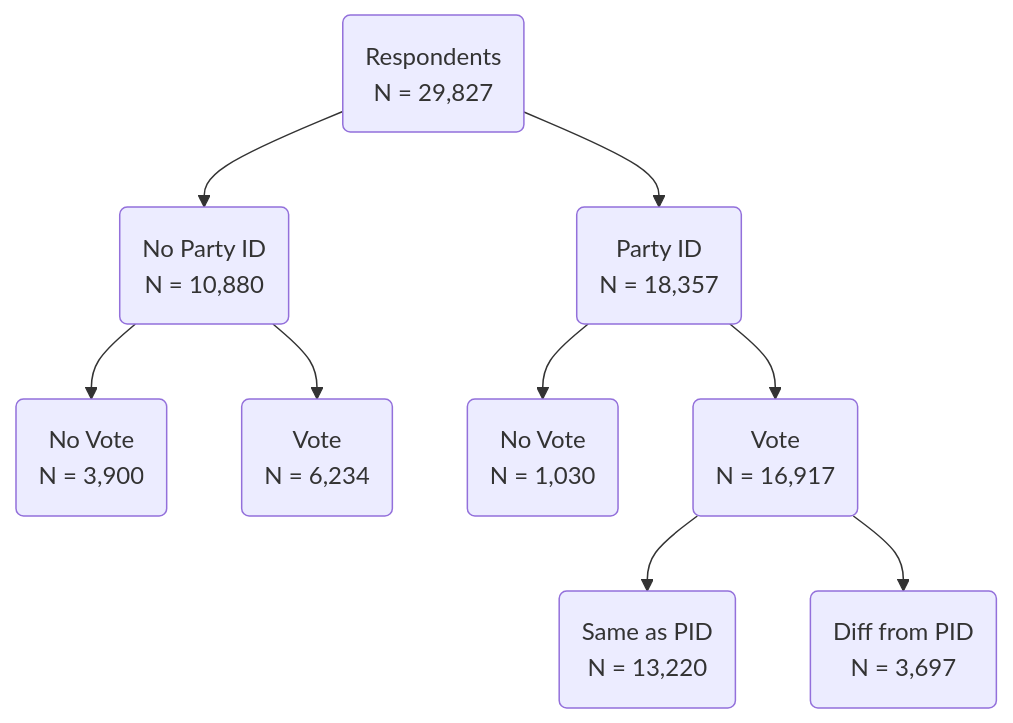
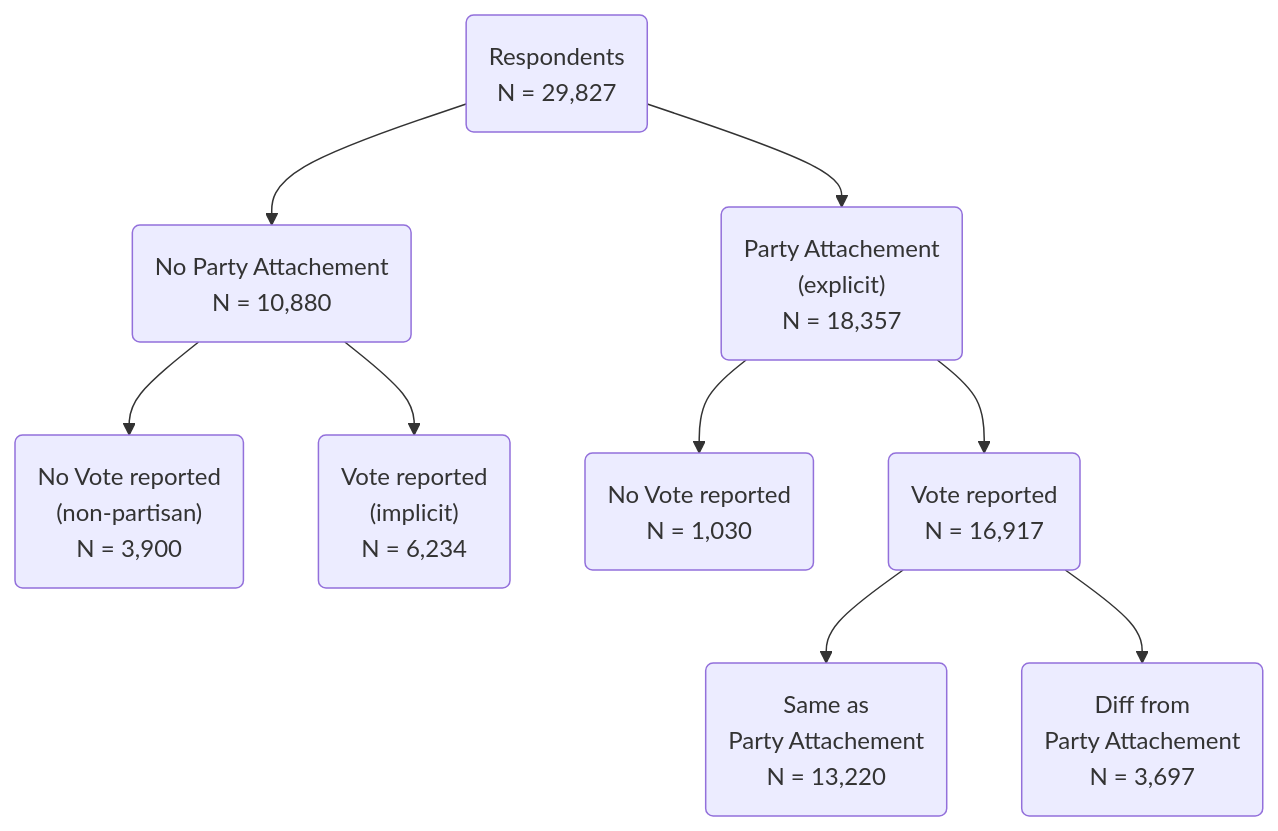
Before and after one commit to LS-Konig/CSAP: the diagram in code/03_explanal/3.1_descr_anal.qmd, drawn with Mermaid.

Commit message:
flowchart

````diff
--- a/code/03_explanal/3.1_descr_anal.qmd
+++ b/code/03_explanal/3.1_descr_anal.qmd
@@ -372,14 +372,14 @@
 ```{mermaid}
 flowchart TD
-    A(Respondents <br> N = 29,827) --> B(No Party ID <br> N = 10,880) 
-    A(Respondents <br> N = 29,827) --> C(Party ID <br> N = 18,357)
+    A(Respondents <br> N = 29,827) --> B("No Party Attachement <br> N = 10,880") 
+    A(Respondents <br> N = 29,827) --> C("Party Attachement <br> (explicit) <br> N = 18,357")
 
-    B --> D(No Vote <br> N = 3,900)
-    B --> E(Vote <br> N = 6,234)
+    B --> D("No Vote reported <br> (non-partisan) <br> N = 3,900")
+    B --> E("Vote reported <br> (implicit) <br> N = 6,234")
 
-    C --> F(No Vote <br> N = 1,030)
-    C --> G(Vote <br> N = 16,917)
+    C --> F(No Vote reported <br> N = 1,030)
+    C --> G(Vote reported <br> N = 16,917)
 
-    G --> H(Same as PID <br> N = 13,220)
-    G --> I(Diff from PID <br> N = 3,697)
+    G --> H(Same as <br> Party Attachement <br> N = 13,220)
+    G --> I(Diff from <br> Party Attachement <br> N = 3,697)
 ```
````
